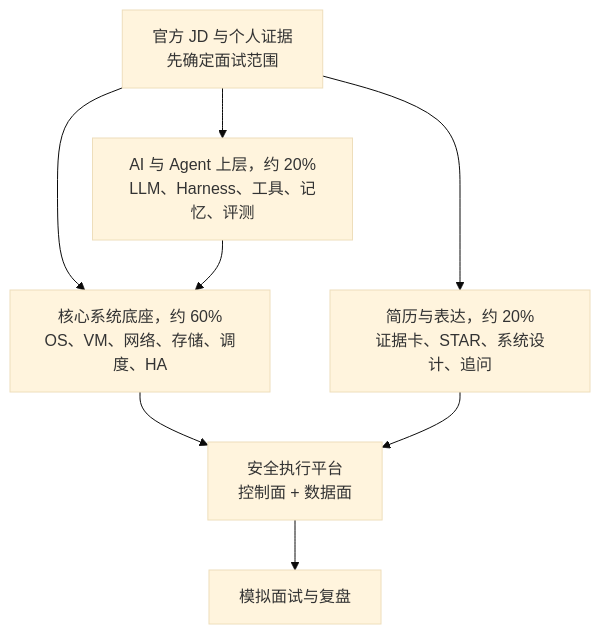
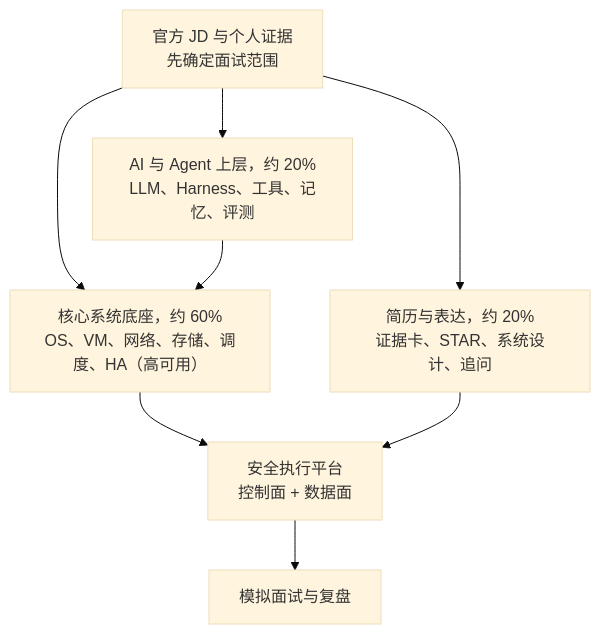
One commit to xizheyin/hft-book-rs changed the diagram in books/ai/src/README.md. Above: the diagram before and after it, drawn with Mermaid (base theme). The commit also changed other lines of this file and 79 other files, not shown here.

````diff
--- a/books/ai/src/README.md
+++ b/books/ai/src/README.md
@@ -13,10 +13,10 @@
 ```mermaid
 flowchart TD
-    A["官方 JD 与个人证据<br/>先确定面试范围"] --> B["核心系统底座，约 60%<br/>OS、VM、网络、存储、调度、HA"]
+    A["官方 JD 与个人证据<br/>先确定面试范围"] --> B["核心系统底座，约 60%<br/>OS、VM、网络、存储、调度、HA（高可用）"]
     A --> C["AI 与 Agent 上层，约 20%<br/>LLM、Harness、工具、记忆、评测"]
     A --> D["简历与表达，约 20%<br/>证据卡、STAR、系统设计、追问"]
     C --> B
     B --> E["安全执行平台<br/>控制面 + 数据面"]
     D --> E
     E --> F["模拟面试与复盘"]
 ```
````
